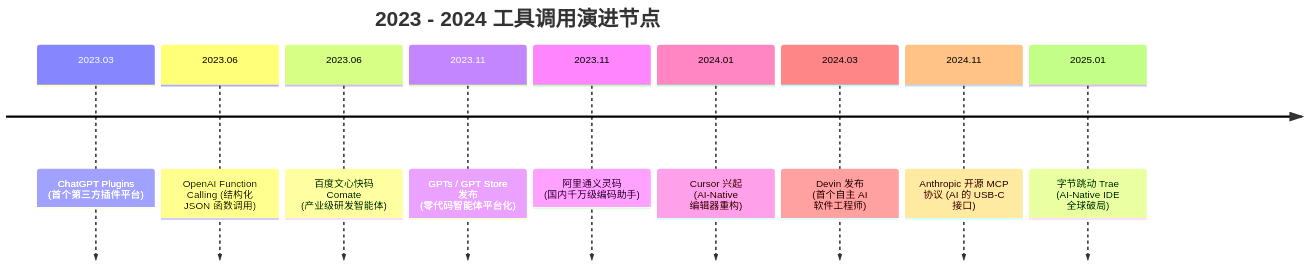
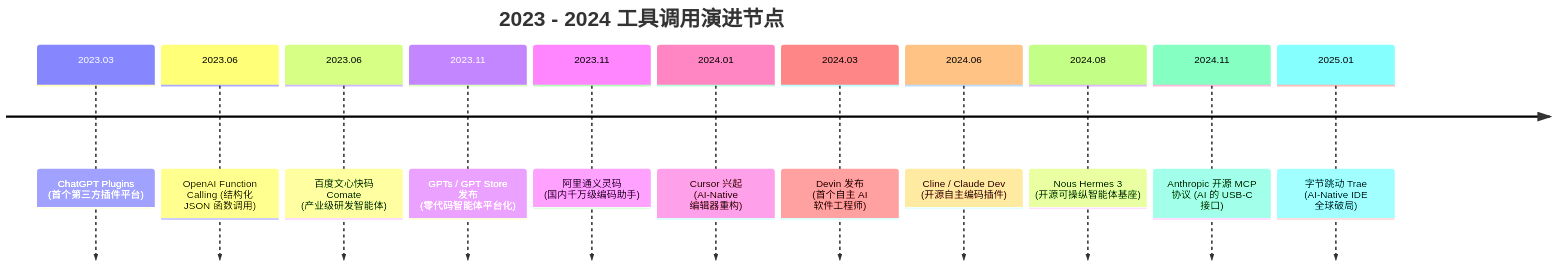
Before and after one commit to TranslationSacrifice/llm-evolution-timeline: the diagram in docs/10-agent-mcp-and-tools-ecosystem.md, drawn with Mermaid. The commit also changed other lines of this file and 3 other files, not shown here.

Commit message:
feat: incorporate Cline, Nous Hermes 3, OpenCode, Pi, oh-my-pi, Factory Droid, OpenClaw, and DeepSeek Harness into timeline and Chapter 10

````diff
--- a/docs/10-agent-mcp-and-tools-ecosystem.md
+++ b/docs/10-agent-mcp-and-tools-ecosystem.md
@@ -63,13 +63,15 @@
 ```mermaid
 timeline
     title 2023 - 2024 工具调用演进节点
     2023.03 : ChatGPT Plugins (首个第三方插件平台)
     2023.06 : OpenAI Function Calling (结构化 JSON 函数调用)
     2023.06 : 百度文心快码 Comate (产业级研发智能体)
     2023.11 : GPTs / GPT Store 发布 (零代码智能体平台化)
     2023.11 : 阿里通义灵码 (国内千万级编码助手)
     2024.01 : Cursor 兴起 (AI-Native 编辑器重构)
     2024.03 : Devin 发布 (首个自主 AI 软件工程师)
+    2024.06 : Cline / Claude Dev (开源自主编码插件)
+    2024.08 : Nous Hermes 3 (开源可操纵智能体基座)
     2024.11 : Anthropic 开源 MCP 协议 (AI 的 USB-C 接口)
     2025.01 : 字节跳动 Trae (AI-Native IDE 全球破局)
 ```
````
